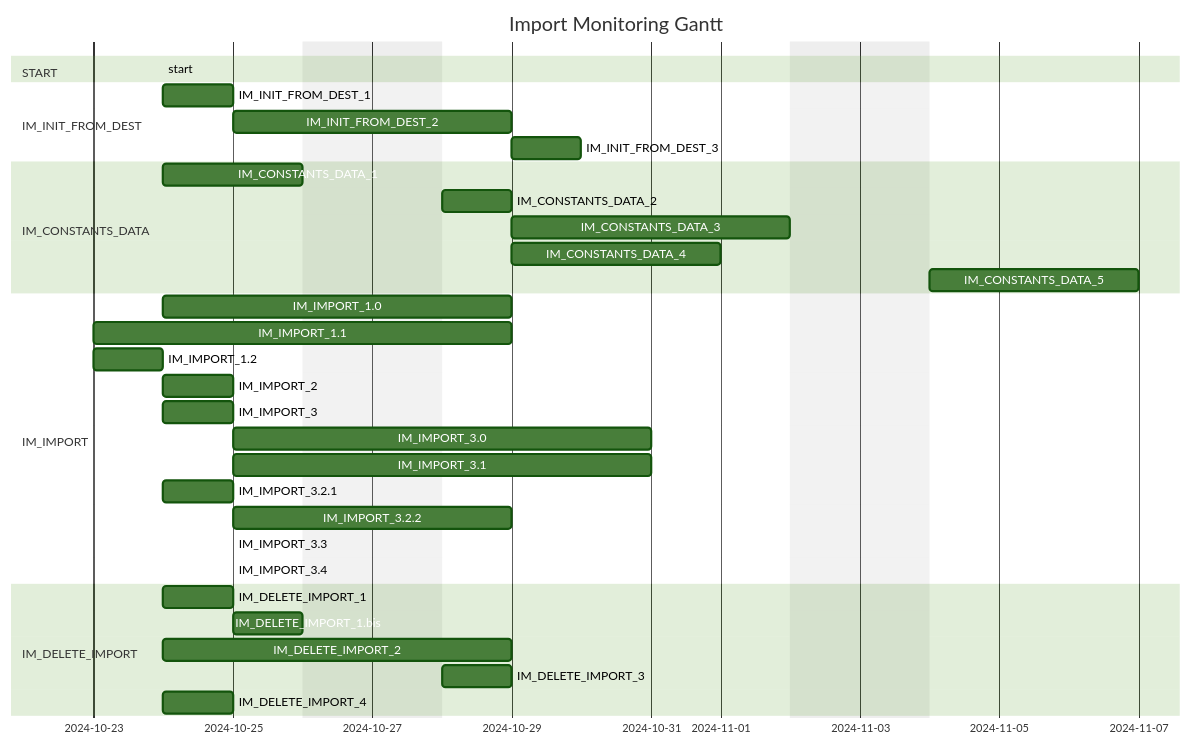
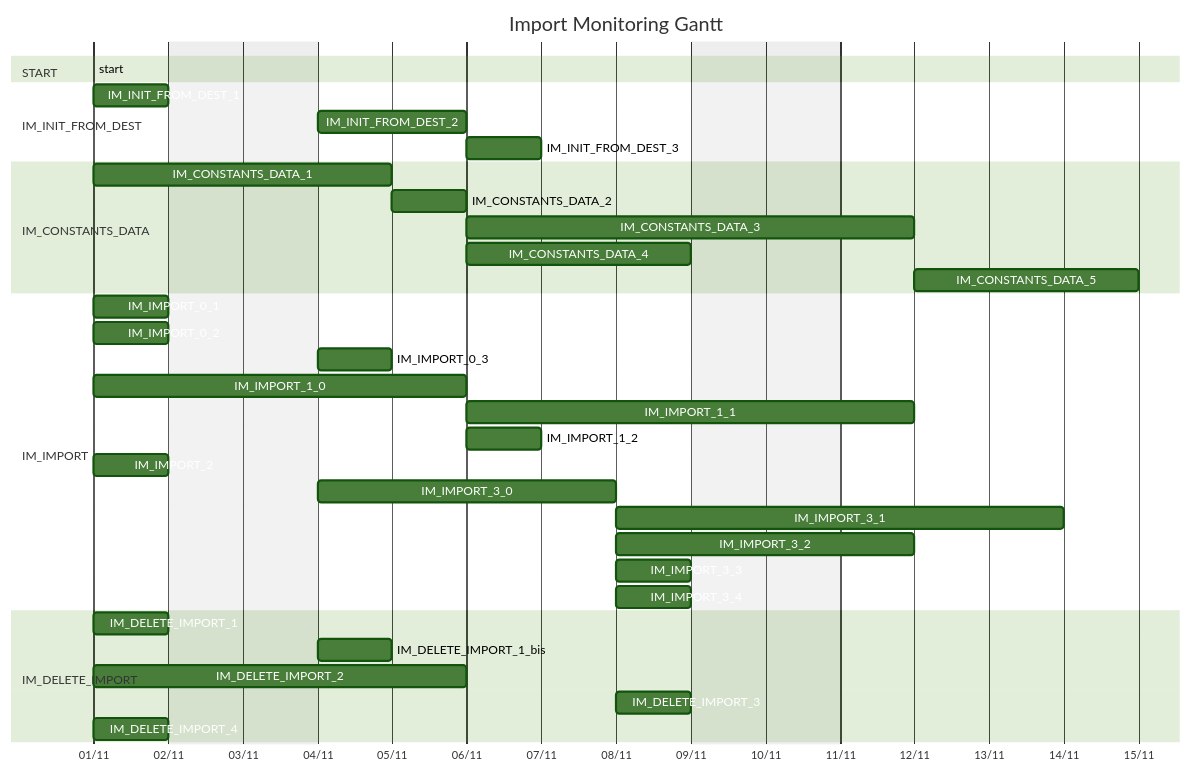
The diagram in README.md (naturalsolutions/geonature), drawn with Mermaid (forest theme) before and after one commit.

Commit message:
adjust format, lines number,e tc.

````diff
--- a/README.md
+++ b/README.md
@@ -4,41 +4,43 @@
 ```mermaid
 gantt
 title Import Monitoring Gantt
 dateFormat DD/MM/YYYY
+axisFormat %d/%m
 excludes weekends
 
 section START
-    start :s, 24/10/2024, 0d
+    start :s, 01/11/2024, 0d
 
 section IM_INIT_FROM_DEST
-    IM_INIT_FROM_DEST_1  :ifd1, after s, 0.5d
-    IM_INIT_FROM_DEST_2  :ifd2, after ifd1, 1.5d
-    IM_INIT_FROM_DEST_3  :ifd3, after ifd2, 0.5d
+    IM_INIT_FROM_DEST_1  :ifd1, after s, 1d
+    IM_INIT_FROM_DEST_2  :ifd2, after ifd1, 2d
+    IM_INIT_FROM_DEST_3  :ifd3, after ifd2, 1d
 
 section IM_CONSTANTS_DATA
     IM_CONSTANTS_DATA_1  :cd1, after s, 2d
     IM_CONSTANTS_DATA_2  :cd2, after cd1, 1d
     IM_CONSTANTS_DATA_3  :cd3, after cd2, 4d
     IM_CONSTANTS_DATA_4  :cd4, after cd2, 3d
     IM_CONSTANTS_DATA_5  :cd5, after cd4 cd3, 3d
 
 section IM_IMPORT
-    IM_IMPORT_1.0  :i1.0, after s, 2.5d
-    IM_IMPORT_1.1 :i1.1, after i1.0, 4d
-    IM_IMPORT_1.2 :i1.2, after i1.0, 1d
-    IM_IMPORT_2 :i2, after s, 0.5d
-    IM_IMPORT_3 :i3, after s, 1d
-    IM_IMPORT_3.0 :i3.0, after i3, 4d
-    IM_IMPORT_3.1 :i3.1, after i3.0, 4d
-    IM_IMPORT_3.2.1 :i3.2.1, after s, 1d
-    IM_IMPORT_3.2.2 :i3.2.2, after i3.2.1, 1.5d
-    IM_IMPORT_3.3 :i3.3, after i3.2.1, 0.5
-    IM_IMPORT_3.4 :i3.4, after i3.0, 0.5
+    IM_IMPORT_0_1 :i0_1, after s, 1d
+    IM_IMPORT_0_2 :i0_2, after s, 1d
+    IM_IMPORT_0_3 :i0_3, after i0_2, 1d
+    IM_IMPORT_1_0 :i1_0, after s, 3d
+    IM_IMPORT_1_1 :i1_1, after i1_0, 4d
+    IM_IMPORT_1_2 :i1_2, after i1_0, 1d
+    IM_IMPORT_2 :i2, after s, 1d
+    IM_IMPORT_3_0 :i3_0, after i0_1, 4d
+    IM_IMPORT_3_1 :i3_1, after i3_0, 4d
+    IM_IMPORT_3_2 :i3_2, after i3_0 i0_3, 2d
+    IM_IMPORT_3_3 :i3_3, after i3_0 i0_3, 1d
+    IM_IMPORT_3_4 :i3_4, after i3_0, 1d
 
 section IM_DELETE_IMPORT
-    IM_DELETE_IMPORT_1  :di1, after s, 0.5d
-    IM_DELETE_IMPORT_1.bis  :di1b, after di1, 1d
-    IM_DELETE_IMPORT_2  :di, after s, 2.5d
-    IM_DELETE_IMPORT_3  :di3, after di1b di2 i3.0, 0.5d
-    IM_DELETE_IMPORT_4  :di4, after s, 0.5d
+    IM_DELETE_IMPORT_1  :di1, after s, 1d
+    IM_DELETE_IMPORT_1_bis  :di1b, after di1, 1d
+    IM_DELETE_IMPORT_2  :di, after s, 3d
+    IM_DELETE_IMPORT_3  :di3, after di1b di2 i3_0, 1d
+    IM_DELETE_IMPORT_4  :di4, after s, 1d
 ```
````
